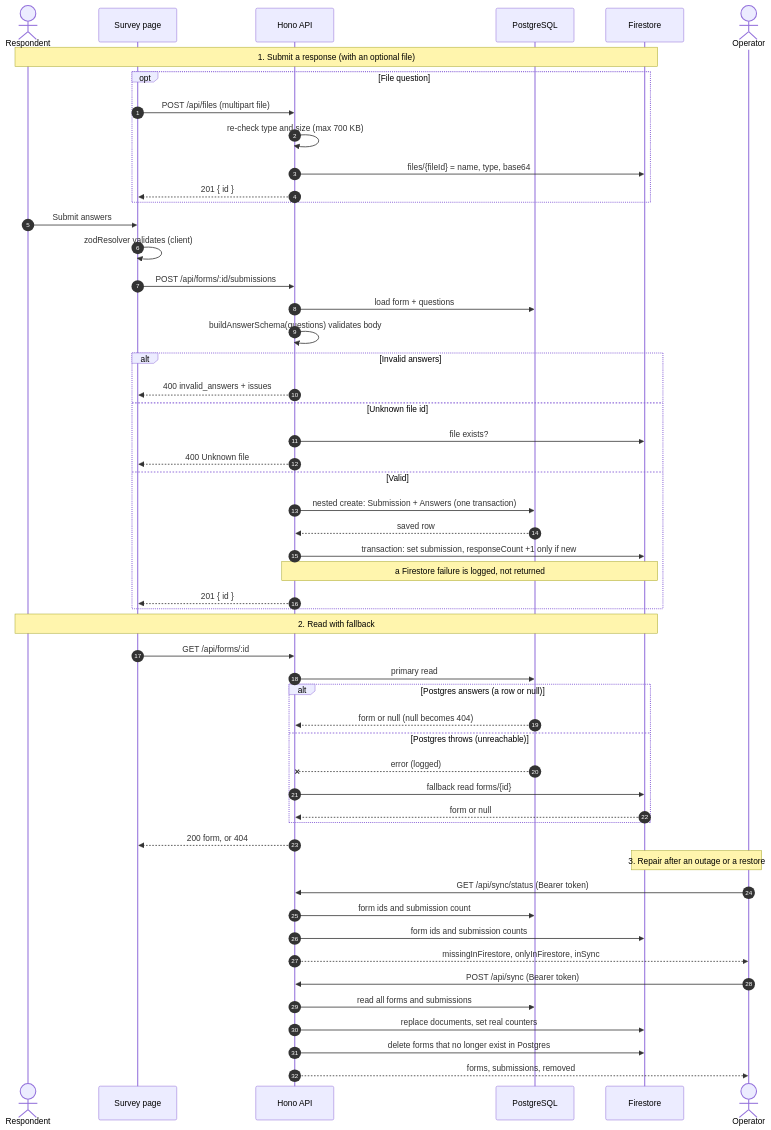
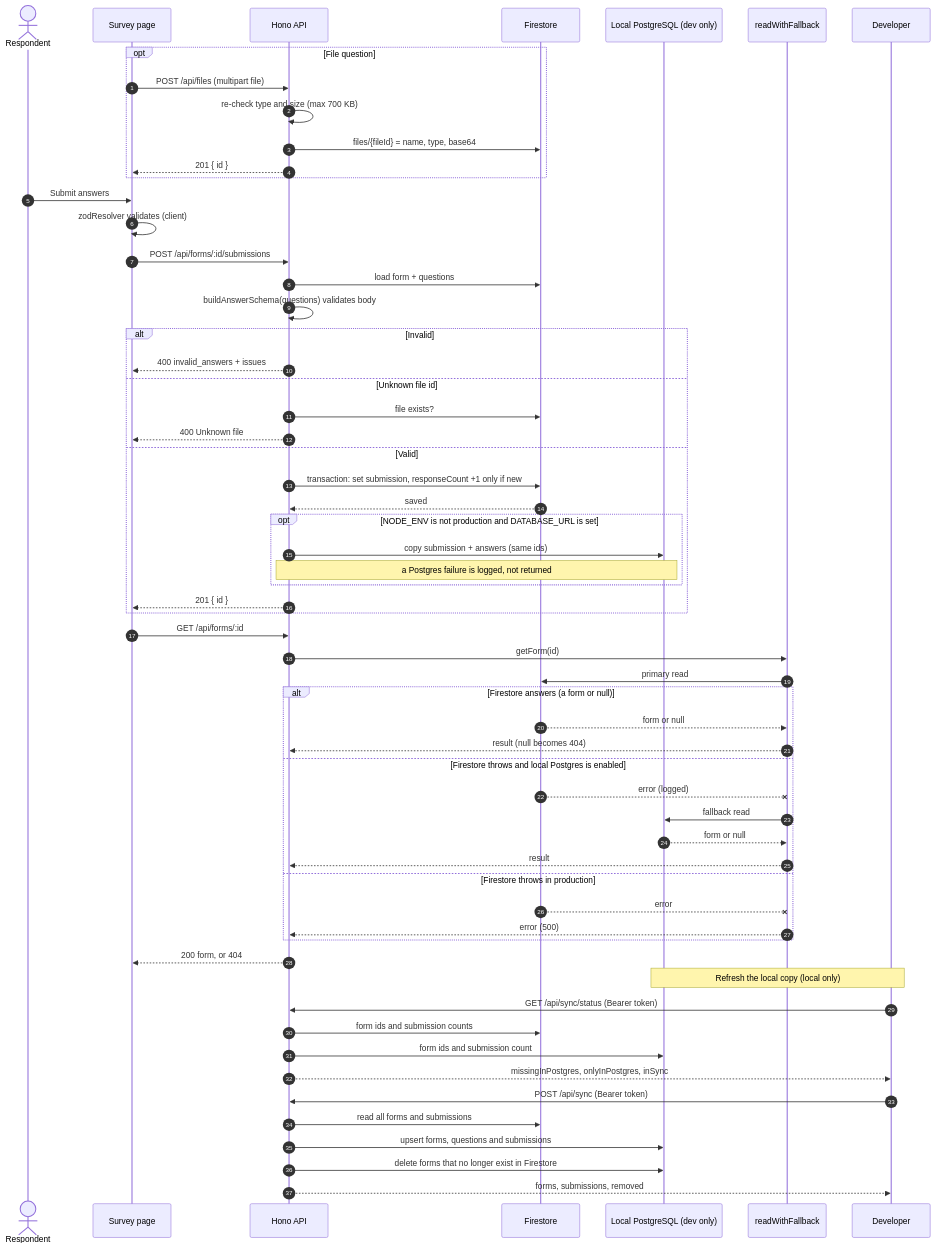
Before and after one commit to kasinadhsarma/survey-forms: the diagram in docs/sequence.mmd, drawn with Mermaid. The commit also changed 8 other files, not shown here.

Commit message:
docs: update README and documentation to reflect Firestore as primary database with local Postgres as development copy

```diff
--- a/docs/sequence.mmd
+++ b/docs/sequence.mmd
@@ -1,56 +1,65 @@
 sequenceDiagram
     autonumber
     actor U as Respondent
     participant P as Survey page
     participant A as Hono API
-    participant PG as PostgreSQL
     participant FS as Firestore
-    actor O as Operator
+    participant PG as Local PostgreSQL (dev only)
 
-    Note over U,FS: 1. Submit a response (with an optional file)
     opt File question
         P->>A: POST /api/files (multipart file)
         A->>A: re-check type and size (max 700 KB)
         A->>FS: files/{fileId} = name, type, base64
         A-->>P: 201 { id }
     end
+
     U->>P: Submit answers
     P->>P: zodResolver validates (client)
     P->>A: POST /api/forms/:id/submissions
-    A->>PG: load form + questions
+    A->>FS: load form + questions
     A->>A: buildAnswerSchema(questions) validates body
-    alt Invalid answers
+    alt Invalid
         A-->>P: 400 invalid_answers + issues
     else Unknown file id
         A->>FS: file exists?
         A-->>P: 400 Unknown file
     else Valid
-        A->>PG: nested create: Submission + Answers (one transaction)
-        PG-->>A: saved row
         A->>FS: transaction: set submission, responseCount +1 only if new
-        Note over A,FS: a Firestore failure is logged, not returned
+        FS-->>A: saved
+        opt NODE_ENV is not production and DATABASE_URL is set
+            A->>PG: copy submission + answers (same ids)
+            Note over A,PG: a Postgres failure is logged, not returned
+        end
         A-->>P: 201 { id }
     end
 
-    Note over U,FS: 2. Read with fallback
+    participant R as readWithFallback
+    participant O as Developer
+
     P->>A: GET /api/forms/:id
-    A->>PG: primary read
-    alt Postgres answers (a row or null)
-        PG-->>A: form or null (null becomes 404)
-    else Postgres throws (unreachable)
-        PG--xA: error (logged)
-        A->>FS: fallback read forms/{id}
-        FS-->>A: form or null
+    A->>R: getForm(id)
+    R->>FS: primary read
+    alt Firestore answers (a form or null)
+        FS-->>R: form or null
+        R-->>A: result (null becomes 404)
+    else Firestore throws and local Postgres is enabled
+        FS--xR: error (logged)
+        R->>PG: fallback read
+        PG-->>R: form or null
+        R-->>A: result
+    else Firestore throws in production
+        FS--xR: error
+        R-->>A: error (500)
     end
     A-->>P: 200 form, or 404
 
-    Note over O,FS: 3. Repair after an outage or a restore
+    Note over O,PG: Refresh the local copy (local only)
     O->>A: GET /api/sync/status (Bearer token)
+    A->>FS: form ids and submission counts
     A->>PG: form ids and submission count
-    A->>FS: form ids and submission counts
-    A-->>O: missingInFirestore, onlyInFirestore, inSync
+    A-->>O: missingInPostgres, onlyInPostgres, inSync
     O->>A: POST /api/sync (Bearer token)
-    A->>PG: read all forms and submissions
-    A->>FS: replace documents, set real counters
-    A->>FS: delete forms that no longer exist in Postgres
+    A->>FS: read all forms and submissions
+    A->>PG: upsert forms, questions and submissions
+    A->>PG: delete forms that no longer exist in Firestore
     A-->>O: forms, submissions, removed
```
